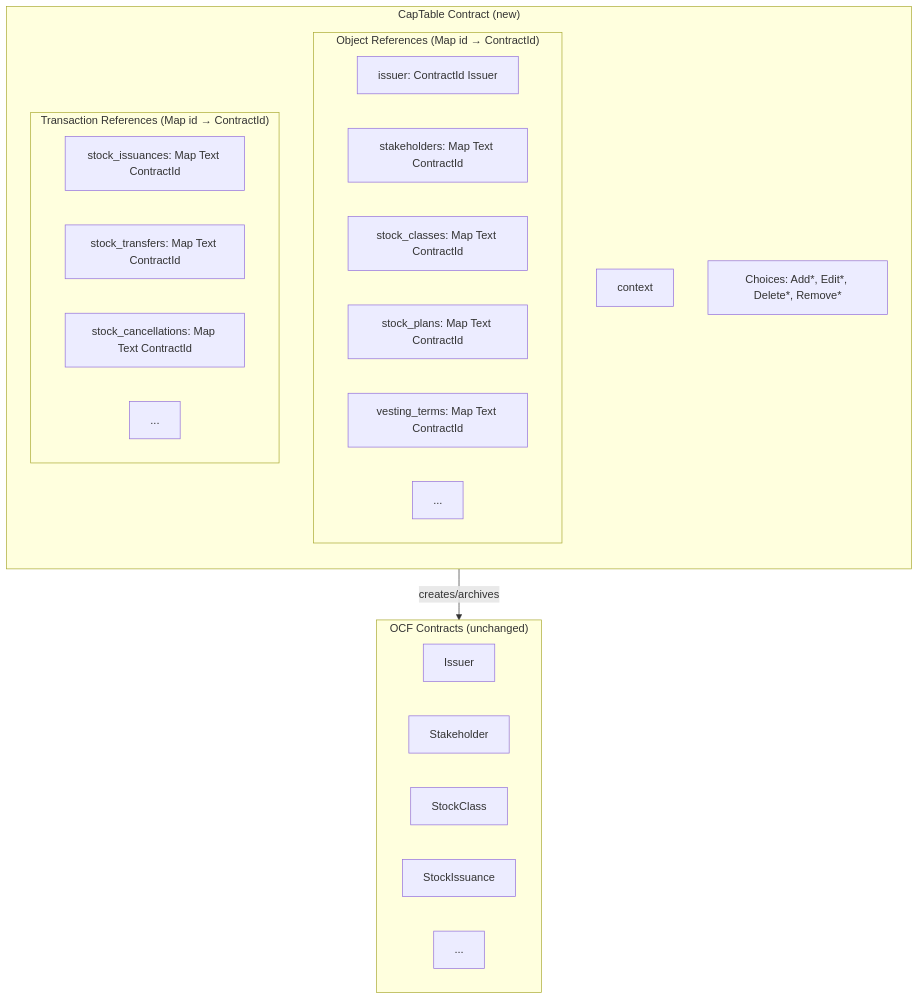
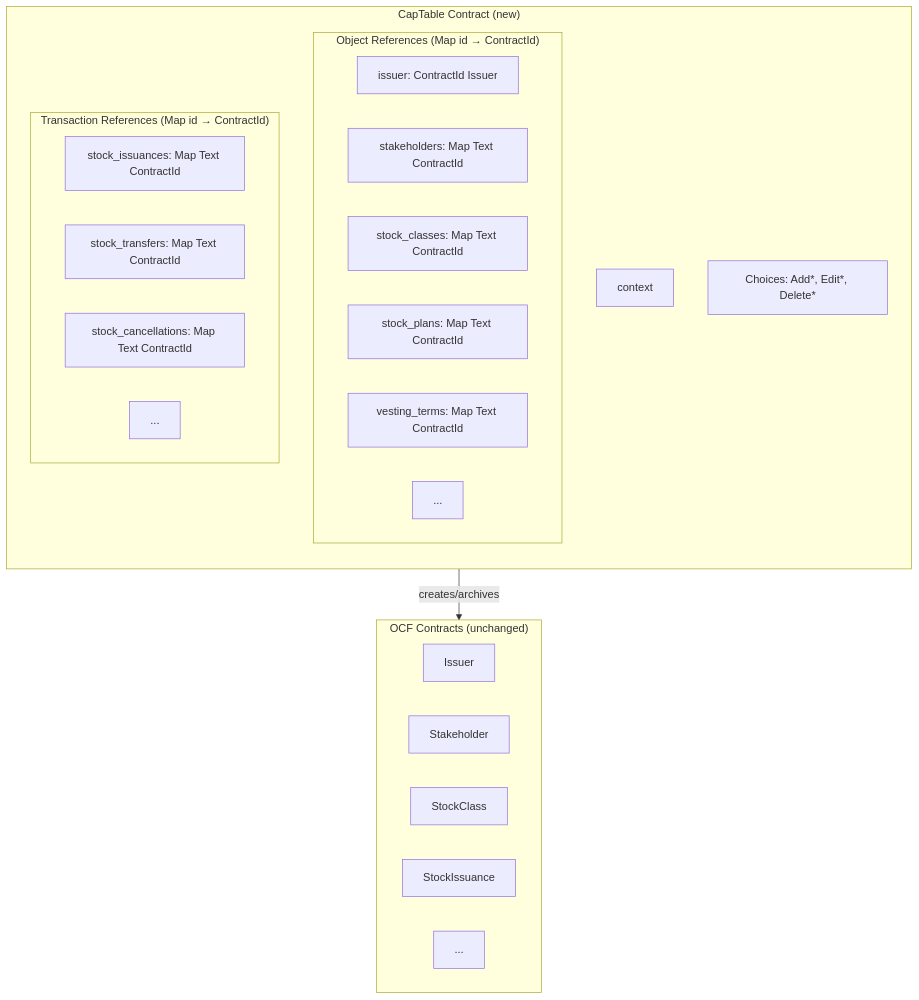
One commit to Fairmint/open-captable-protocol-daml changed the diagram in docs/adr/002-stateful-issuer-with-position-tracking.md. Above: the diagram before and after it, drawn with Mermaid. The commit also changed other lines of this file, not shown here.

````diff
--- a/docs/adr/002-stateful-issuer-with-position-tracking.md
+++ b/docs/adr/002-stateful-issuer-with-position-tracking.md
@@ -47,35 +47,35 @@
 ```mermaid
 graph TB
     subgraph CapTable["CapTable Contract (new)"]
         direction TB
         Meta["context"]
 
         subgraph Objects["Object References (Map id → ContractId)"]
             O0["issuer: ContractId Issuer"]
             O1["stakeholders: Map Text ContractId"]
             O2["stock_classes: Map Text ContractId"]
             O3["stock_plans: Map Text ContractId"]
             O4["vesting_terms: Map Text ContractId"]
             O5["..."]
         end
 
         subgraph Transactions["Transaction References (Map id → ContractId)"]
             T1["stock_issuances: Map Text ContractId"]
             T2["stock_transfers: Map Text ContractId"]
             T3["stock_cancellations: Map Text ContractId"]
             T4["..."]
         end
 
-        Choices["Choices: Add*, Edit*, Delete*, Remove*"]
+        Choices["Choices: Add*, Edit*, Delete*"]
     end
 
     CapTable -->|creates/archives| OCF["OCF Object Contracts"]
 
     subgraph OCF["OCF Contracts (unchanged)"]
         C0[Issuer]
         C1[Stakeholder]
         C2[StockClass]
         C3[StockIssuance]
         C4[...]
     end
 ```
````
